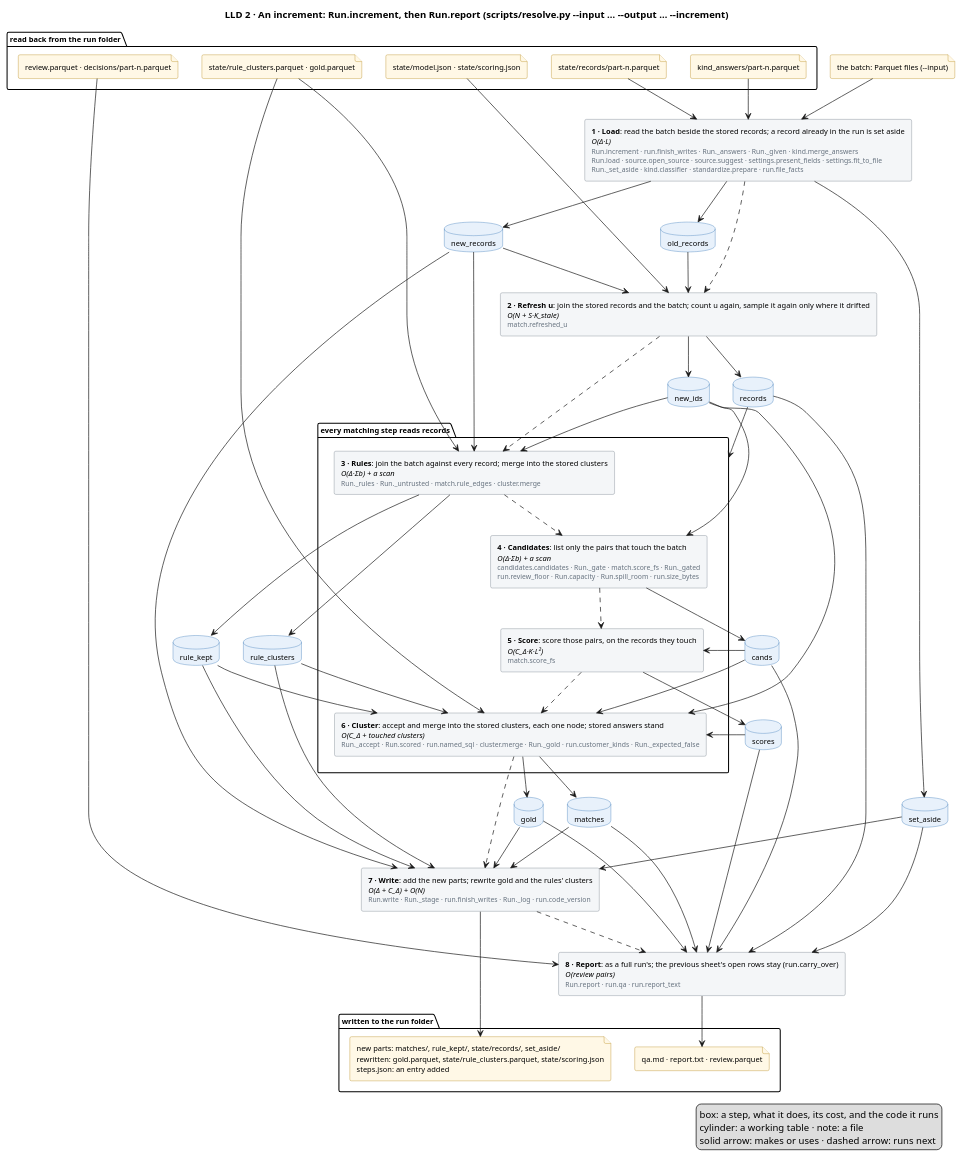
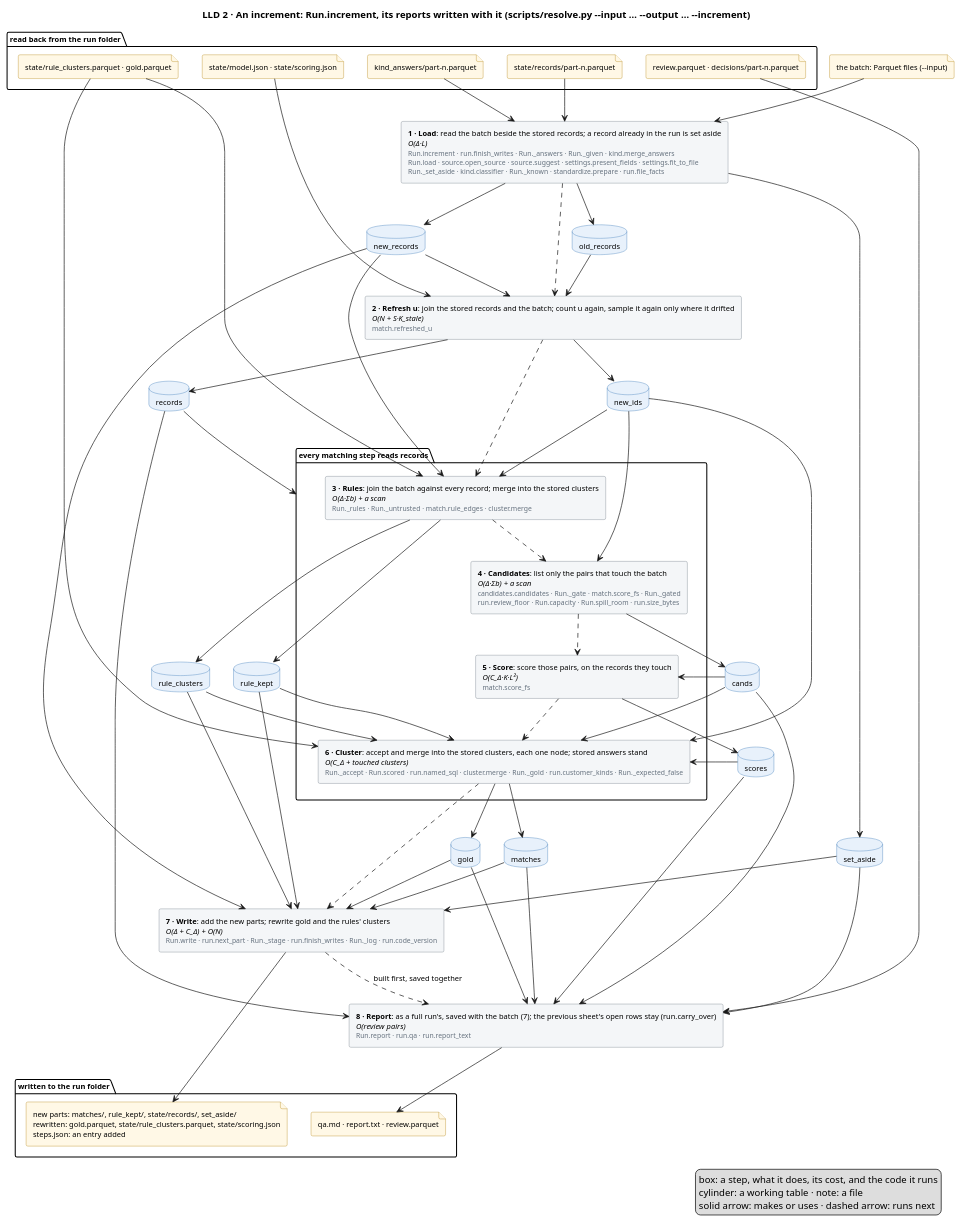
Before and after one commit to mvsbm/entity_matching: the diagram in docs/diagrams/increment.puml, drawn with PlantUML. The commit also changed 13 other files, not shown here.

First line of the commit message:
Fix the audit's six findings: kinds, answers, logs, reports, rule names

```diff
--- a/docs/diagrams/increment.puml
+++ b/docs/diagrams/increment.puml
@@ -1,113 +1,113 @@
 @startuml increment
-title LLD 2 · An increment: Run.increment, then Run.report (scripts/resolve.py ~--input … ~--output … ~--increment)
+title LLD 2 · An increment: Run.increment, its reports written with it (scripts/resolve.py ~--input … ~--output … ~--increment)
 skinparam defaultFontSize 11
 skinparam rectangle {
   BackgroundColor #F4F6F8
   BorderColor #65717E
 }
 skinparam database {
   BackgroundColor #E8F1FB
   BorderColor #2C6DB3
 }
 skinparam file {
   BackgroundColor #FFF8E6
   BorderColor #B07D00
 }
 
 package "read back from the run folder" {
   file "state/model.json · state/scoring.json" as f_model
   file "state/records/part-n.parquet" as f_records
   file "state/rule_clusters.parquet · gold.parquet" as f_clusters
   file "kind_answers/part-n.parquet" as f_answers
   file "review.parquet · decisions/part-n.parquet" as f_sheet
 }
 file "the batch: Parquet files (~--input)" as f_batch
 
 
-rectangle "<b>1 · Load</b>: read the batch beside the stored records; a record already in the run is set aside\n<i>O(Δ·L)</i>\n<size:10><color:#65717E>Run.increment · run.finish_writes · Run._answers · Run._given · kind.merge_answers</color></size>\n<size:10><color:#65717E>Run.load · source.open_source · source.suggest · settings.present_fields · settings.fit_to_file</color></size>\n<size:10><color:#65717E>Run._set_aside · kind.classifier · standardize.prepare · run.file_facts</color></size>" as load
+rectangle "<b>1 · Load</b>: read the batch beside the stored records; a record already in the run is set aside\n<i>O(Δ·L)</i>\n<size:10><color:#65717E>Run.increment · run.finish_writes · Run._answers · Run._given · kind.merge_answers</color></size>\n<size:10><color:#65717E>Run.load · source.open_source · source.suggest · settings.present_fields · settings.fit_to_file</color></size>\n<size:10><color:#65717E>Run._set_aside · kind.classifier · Run._known · standardize.prepare · run.file_facts</color></size>" as load
 rectangle "<b>2 · Refresh u</b>: join the stored records and the batch; count u again, sample it again only where it drifted\n<i>O(N + S·K_stale)</i>\n<size:10><color:#65717E>match.refreshed_u</color></size>" as fit
 package "every matching step reads records" as matching {
   rectangle "<b>3 · Rules</b>: join the batch against every record; merge into the stored clusters\n<i>O(Δ·Σb) + a scan</i>\n<size:10><color:#65717E>Run._rules · Run._untrusted · match.rule_edges · cluster.merge</color></size>" as rules
   rectangle "<b>4 · Candidates</b>: list only the pairs that touch the batch\n<i>O(Δ·Σb) + a scan</i>\n<size:10><color:#65717E>candidates.candidates · Run._gate · match.score_fs · Run._gated</color></size>\n<size:10><color:#65717E>run.review_floor · Run.capacity · Run.spill_room · run.size_bytes</color></size>" as candidates
   rectangle "<b>5 · Score</b>: score those pairs, on the records they touch\n<i>O(C_Δ·K·L²)</i>\n<size:10><color:#65717E>match.score_fs</color></size>" as score
   rectangle "<b>6 · Cluster</b>: accept and merge into the stored clusters, each one node; stored answers stand\n<i>O(C_Δ + touched clusters)</i>\n<size:10><color:#65717E>Run._accept · Run.scored · run.named_sql · cluster.merge · Run._gold · run.customer_kinds · Run._expected_false</color></size>" as cluster
 }
-rectangle "<b>7 · Write</b>: add the new parts; rewrite gold and the rules' clusters\n<i>O(Δ + C_Δ) + O(N)</i>\n<size:10><color:#65717E>Run.write · Run._stage · run.finish_writes · Run._log · run.code_version</color></size>" as write
-rectangle "<b>8 · Report</b>: as a full run's; the previous sheet's open rows stay (run.carry_over)\n<i>O(review pairs)</i>\n<size:10><color:#65717E>Run.report · run.qa · run.report_text</color></size>" as report
+rectangle "<b>7 · Write</b>: add the new parts; rewrite gold and the rules' clusters\n<i>O(Δ + C_Δ) + O(N)</i>\n<size:10><color:#65717E>Run.write · run.next_part · Run._stage · run.finish_writes · Run._log · run.code_version</color></size>" as write
+rectangle "<b>8 · Report</b>: as a full run's, saved with the batch (7); the previous sheet's open rows stay (run.carry_over)\n<i>O(review pairs)</i>\n<size:10><color:#65717E>Run.report · run.qa · run.report_text</color></size>" as report
 database "old_records" as old_records
 database "new_records" as new_records
 database "set_aside" as set_aside
 database "records" as records
 database "new_ids" as new_ids
 database "rule_clusters" as rule_clusters
 database "rule_kept" as rule_kept
 database "cands" as cands
 database "scores" as scores
 database "matches" as matches
 database "gold" as gold
 
 package "written to the run folder" {
   file "new parts: matches/, rule_kept/, state/records/, set_aside/\nrewritten: gold.parquet, state/rule_clusters.parquet, state/scoring.json\nsteps.json: an entry added" as f_out
   file "qa.md · report.txt · review.parquet" as f_people
 }
 
 f_batch --> load
 f_records --> load
 f_answers --> load
 f_model --> fit
 f_clusters --> rules
 f_clusters --> cluster
 f_sheet --> report
 
 load ..> fit
 fit ..> rules
 rules ..> candidates
 candidates ..> score
 score ..> cluster
 cluster ..> write
-write ..> report
+write ..> report : built first, saved together
 
 load --> old_records
 load --> new_records
 load --> set_aside
 old_records --> fit
 new_records --> fit
 fit --> records
 fit --> new_ids
 records --> matching
 new_records --> rules
 new_ids --> rules
 rules --> rule_clusters
 rules --> rule_kept
 new_ids --> candidates
 candidates --> cands
 cands --> score
 score --> scores
 new_ids --> cluster
 rule_clusters --> cluster
 rule_kept --> cluster
 cands --> cluster
 scores --> cluster
 cluster --> matches
 cluster --> gold
 new_records --> write
 rule_clusters --> write
 rule_kept --> write
 matches --> write
 gold --> write
 set_aside --> write
 records --> report
 cands --> report
 scores --> report
 matches --> report
 gold --> report
 set_aside --> report
 
 write --> f_out
 report --> f_people
 legend right
   box: a step, what it does, its cost, and the code it runs
   cylinder: a working table · note: a file
   solid arrow: makes or uses · dashed arrow: runs next
 endlegend
 @enduml
```
